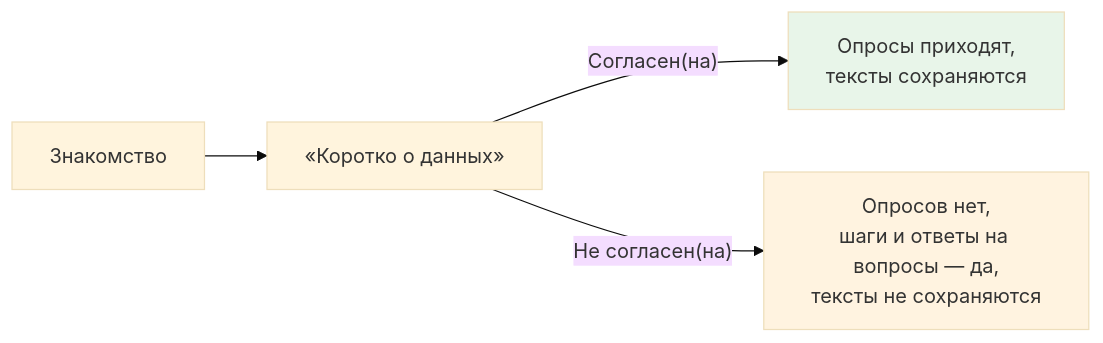
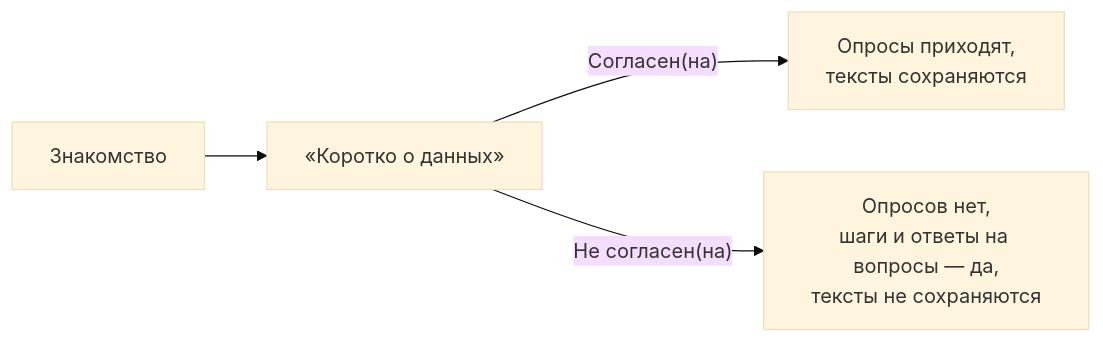
Before and after one commit to kunak-agency/polyplastic-bot: the first of 2 diagrams in agency/system/Human/09-data-and-security.md, drawn with Mermaid (base theme). The commit also changed 6 other files, not shown here.

Commit message:
Документы для человека: схема «Из чего состоит система» без двусторонних стрелок и раскраски — рендерится в старых просмотрщиках Mermaid

````diff
--- a/agency/system/Human/09-data-and-security.md
+++ b/agency/system/Human/09-data-and-security.md
@@ -39,8 +39,6 @@
 ```mermaid
 flowchart LR
     A["Знакомство"] --> B["«Коротко о данных»"]
     B -->|"Согласен(на)"| C["Опросы приходят,<br/>тексты сохраняются"]
     B -->|"Не согласен(на)"| D["Опросов нет,<br/>шаги и ответы на вопросы — да,<br/>тексты не сохраняются"]
-    style C fill:#e8f5e9
-    style D fill:#fff3e0
 ```
````
